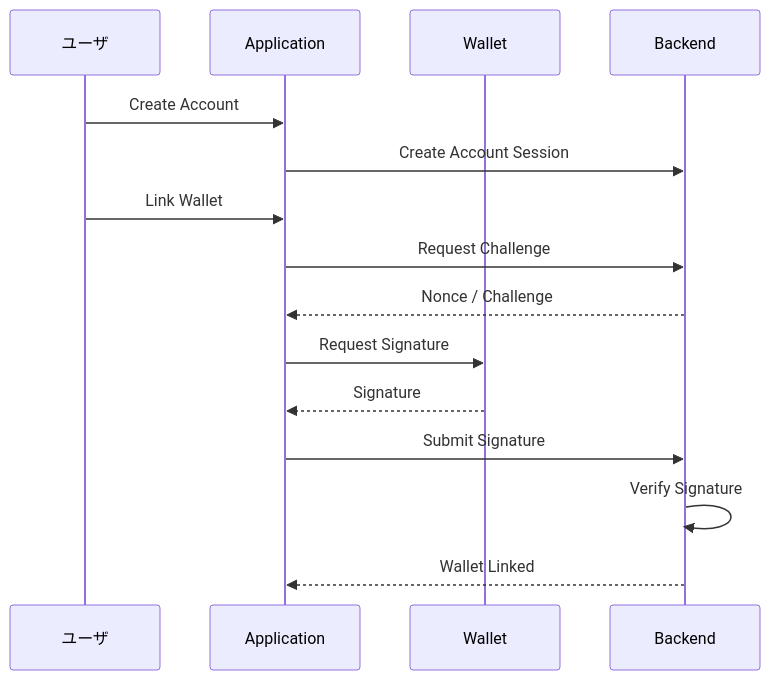
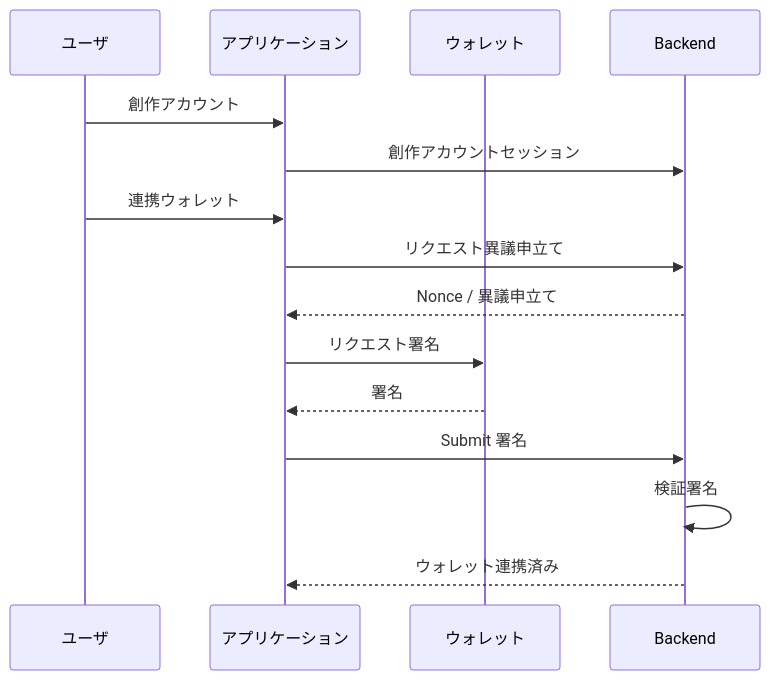
Before and after one commit to ShigeichiroYamasaki/creator-first-platform: the third of 4 diagrams in docs/adr/ADR-0008-account-wallet-identity-strategy.md, drawn with Mermaid. The commit also changed other lines of this file and 72 other files, not shown here.

````diff
--- a/docs/adr/ADR-0008-account-wallet-identity-strategy.md
+++ b/docs/adr/ADR-0008-account-wallet-identity-strategy.md
@@ -932,18 +932,18 @@
 ```mermaid
 sequenceDiagram
     participant U as ユーザ
-    participant A as Application
-    participant W as Wallet
+    participant A as アプリケーション
+    participant W as ウォレット
     participant B as Backend
 
-    U->>A: Create Account
-    A->>B: Create Account Session
-    U->>A: Link Wallet
-    A->>B: Request Challenge
-    B-->>A: Nonce / Challenge
-    A->>W: Request Signature
-    W-->>A: Signature
-    A->>B: Submit Signature
-    B->>B: Verify Signature
-    B-->>A: Wallet Linked
+    U->>A: 創作アカウント
+    A->>B: 創作アカウントセッション
+    U->>A: 連携ウォレット
+    A->>B: リクエスト異議申立て
+    B-->>A: Nonce / 異議申立て
+    A->>W: リクエスト署名
+    W-->>A: 署名
+    A->>B: Submit 署名
+    B->>B: 検証署名
+    B-->>A: ウォレット連携済み
 ```
````
